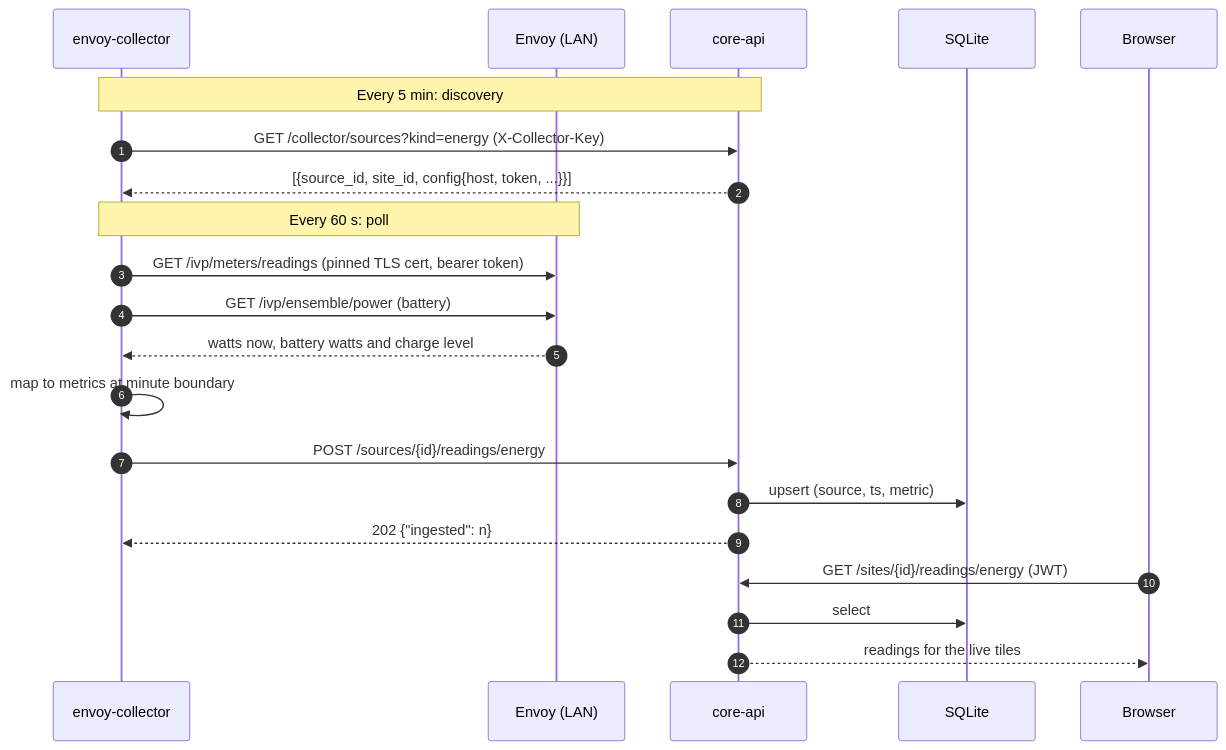
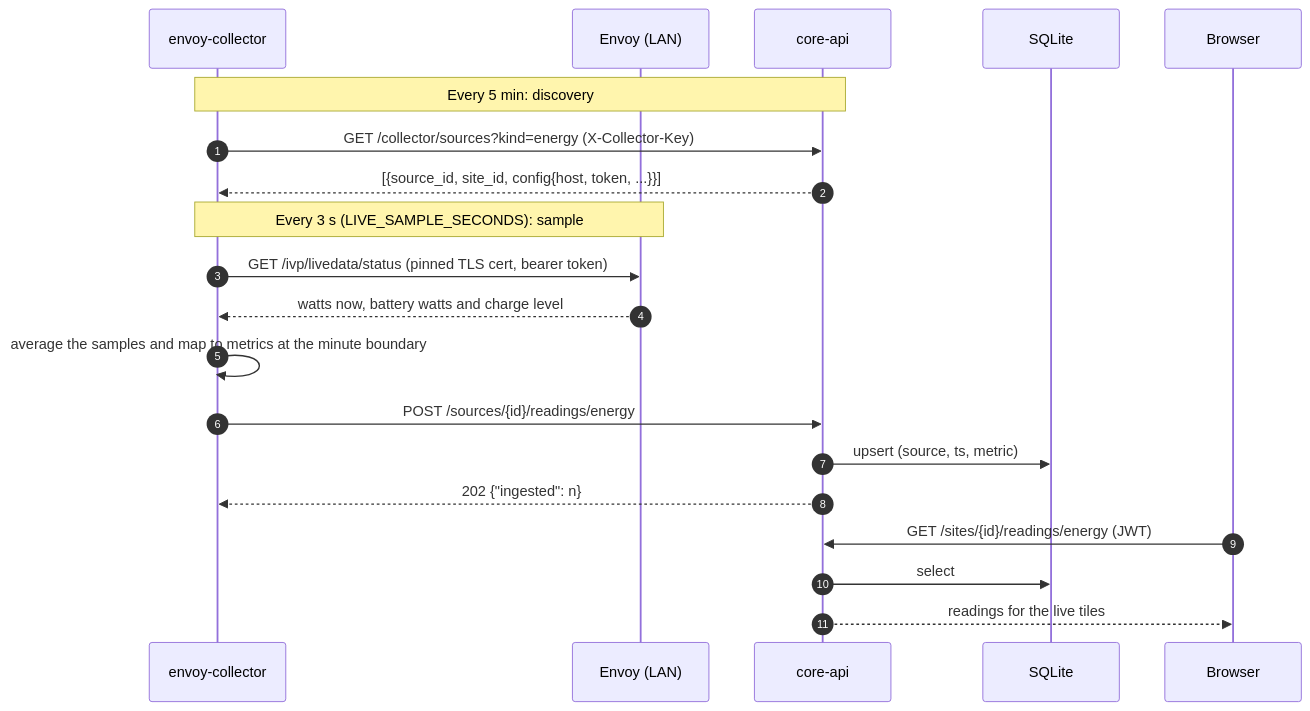
The first of 7 diagrams in docs/how-it-works.md (sschwetz/wattwise), drawn with Mermaid before and after one commit. The commit also changed other lines of this file and 14 other files, not shown here.

````diff
--- a/docs/how-it-works.md
+++ b/docs/how-it-works.md
@@ -9,26 +9,25 @@
 ```mermaid
 sequenceDiagram
     autonumber
     participant EC as envoy-collector
     participant ENV as Envoy (LAN)
     participant API as core-api
     participant DB as SQLite
     participant UI as Browser
 
     Note over EC,API: Every 5 min: discovery
     EC->>API: GET /collector/sources?kind=energy (X-Collector-Key)
     API-->>EC: [{source_id, site_id, config{host, token, ...}}]
 
-    Note over EC,ENV: Every 60 s: poll
-    EC->>ENV: GET /ivp/meters/readings (pinned TLS cert, bearer token)
-    EC->>ENV: GET /ivp/ensemble/power (battery)
+    Note over EC,ENV: Every 3 s (LIVE_SAMPLE_SECONDS): sample
+    EC->>ENV: GET /ivp/livedata/status (pinned TLS cert, bearer token)
     ENV-->>EC: watts now, battery watts and charge level
-    EC->>EC: map to metrics at minute boundary
+    EC->>EC: average the samples and map to metrics at the minute boundary
     EC->>API: POST /sources/{id}/readings/energy
     API->>DB: upsert (source, ts, metric)
     API-->>EC: 202 {"ingested": n}
 
     UI->>API: GET /sites/{id}/readings/energy (JWT)
     API->>DB: select
     API-->>UI: readings for the live tiles
 ```
````
